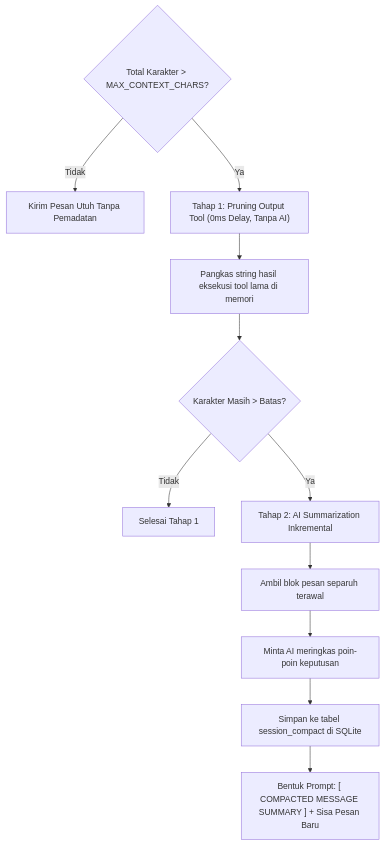
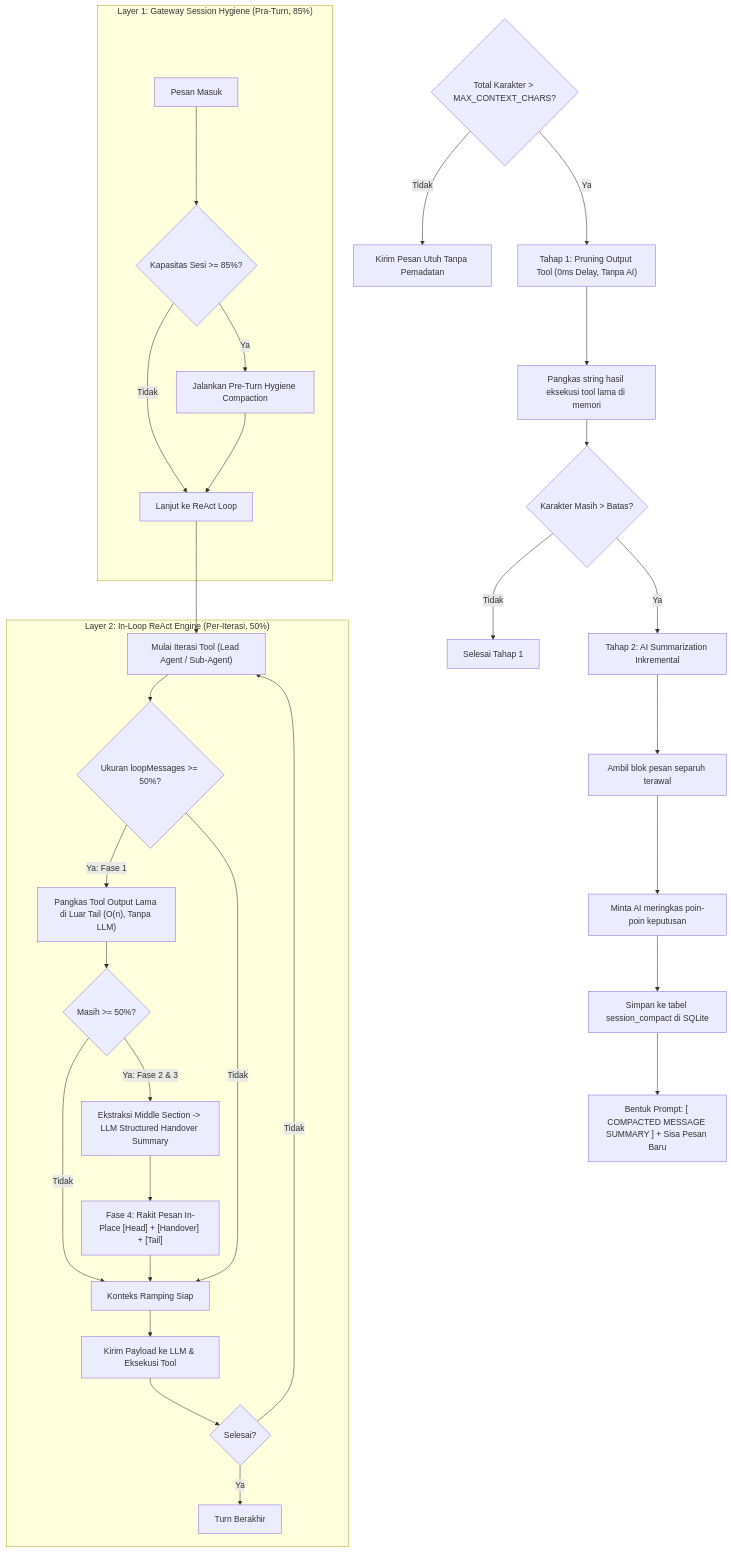
One commit to Mazees/mark-agent changed the second of 2 diagrams in docs/02-architecture/search-and-memory.md. Above: the diagram before and after it, drawn with Mermaid. The commit also changed other lines of this file and 6 other files, not shown here.

````diff
--- a/docs/02-architecture/search-and-memory.md
+++ b/docs/02-architecture/search-and-memory.md
@@ -124,16 +137,37 @@
 ```mermaid
 flowchart TD
     CheckLimit{"Total Karakter > MAX_CONTEXT_CHARS?"} -->|Tidak| Pass["Kirim Pesan Utuh Tanpa Pemadatan"]
     CheckLimit -->|Ya| Stage1["Tahap 1: Pruning Output Tool (0ms Delay, Tanpa AI)"]
+    subgraph Layer1["Layer 1: Gateway Session Hygiene (Pra-Turn, 85%)"]
+        A["Pesan Masuk"] --> B{"Kapasitas Sesi >= 85%?"}
+        B -- "Ya" --> C["Jalankan Pre-Turn Hygiene Compaction"]
+        B -- "Tidak" --> D["Lanjut ke ReAct Loop"]
+        C --> D
+    end
 
     Stage1 --> PruneOld["Pangkas string hasil eksekusi tool lama di memori"]
     PruneOld --> Recheck{"Karakter Masih > Batas?"}
 
     Recheck -->|Tidak| DoneStage1["Selesai Tahap 1"]
     Recheck -->|Ya| Stage2["Tahap 2: AI Summarization Inkremental"]
 
     Stage2 --> SliceMessages["Ambil blok pesan separuh terawal"]
     SliceMessages --> AISummary["Minta AI meringkas poin-poin keputusan"]
     AISummary --> SaveCompact["Simpan ke tabel session_compact di SQLite"]
     SaveCompact --> Assemble["Bentuk Prompt: [ COMPACTED MESSAGE SUMMARY ] + Sisa Pesan Baru"]
+    subgraph Layer2["Layer 2: In-Loop ReAct Engine (Per-Iterasi, 50%)"]
+        D --> E["Mulai Iterasi Tool (Lead Agent / Sub-Agent)"]
+        E --> F{"Ukuran loopMessages >= 50%?"}
+        F -- "Ya: Fase 1" --> G["Pangkas Tool Output Lama di Luar Tail (O(n), Tanpa LLM)"]
+        G --> H{"Masih >= 50%?"}
+        H -- "Ya: Fase 2 & 3" --> I["Ekstraksi Middle Section -> LLM Structured Handover Summary"]
+        I --> J["Fase 4: Rakit Pesan In-Place [Head] + [Handover] + [Tail]"]
+        H -- "Tidak" --> K["Konteks Ramping Siap"]
+        J --> K
+        F -- "Tidak" --> K
+        K --> L["Kirim Payload ke LLM & Eksekusi Tool"]
+        L --> M{"Selesai?"}
+        M -- "Tidak" --> E
+        M -- "Ya" --> N["Turn Berakhir"]
+    end
 ```
````
